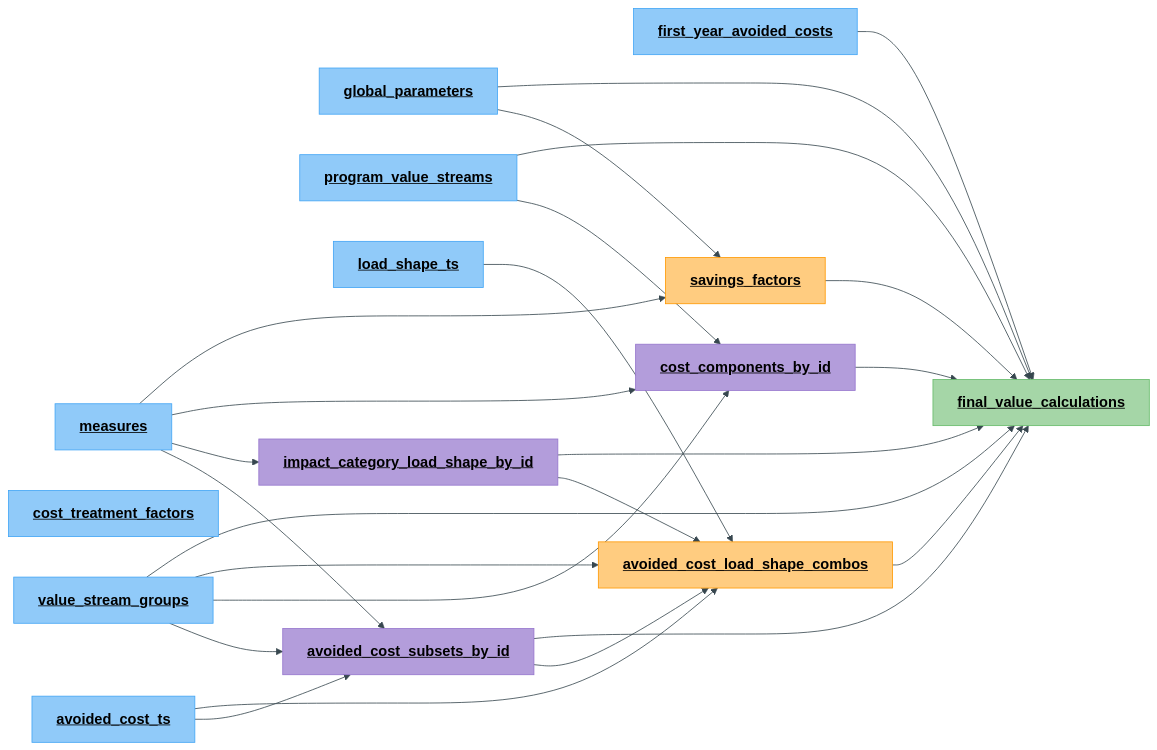
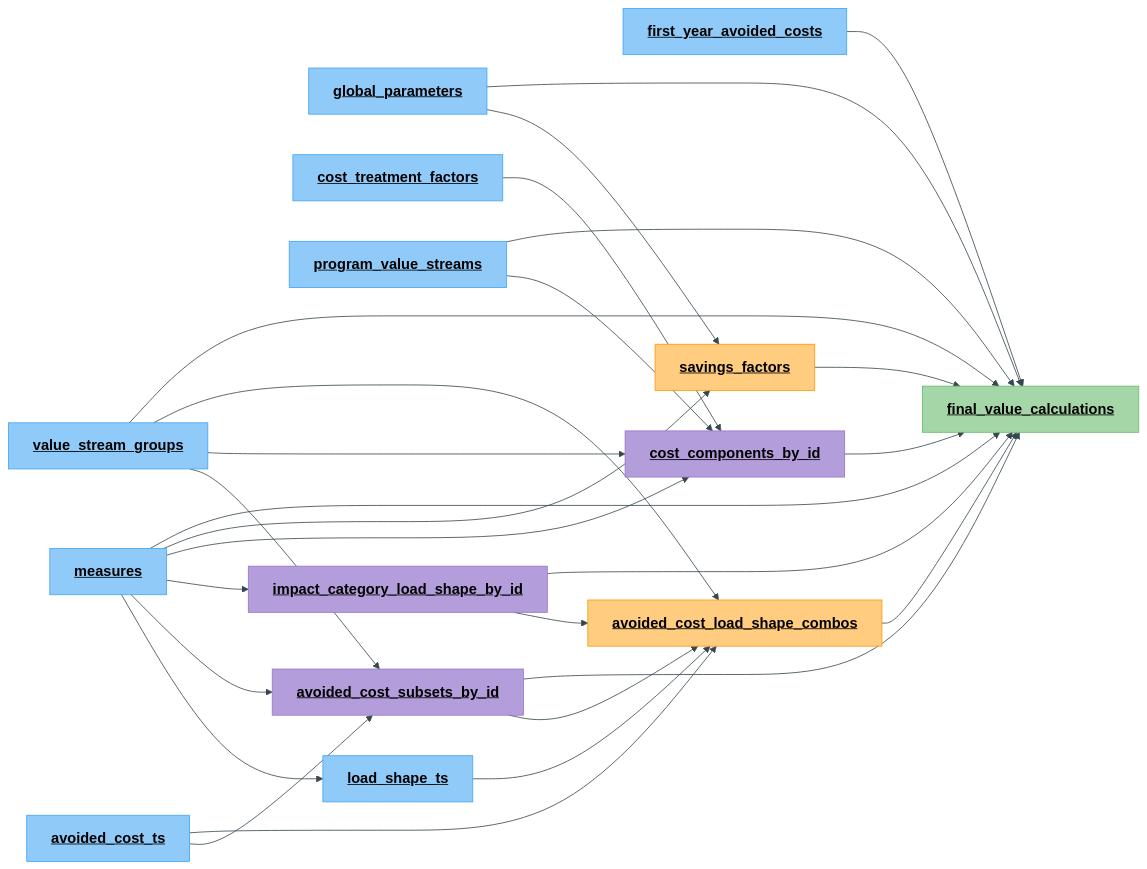
One commit to openbca/openbca changed the third of 3 diagrams in README.md. Above: the diagram before and after it, drawn with Mermaid. The commit also changed other lines of this file and 1 other file, not shown here.

Commit message:
minor readme edits, including updates to flow diagram and measures input schema image

````diff
--- a/README.md
+++ b/README.md
@@ -196,70 +196,74 @@
 ```mermaid
 %%{init: {'theme': 'base', 'themeVariables': {'fontSize': '18px', 'primaryTextColor': '#000000', 'secondaryTextColor': '#000000', 'tertiaryTextColor': '#000000', 'primaryBorderColor': '#37474f', 'lineColor': '#37474f'}}}%%
 flowchart LR
 
    measures["`**<u>measures</u>**`"]
    first_year_avoided_costs["`**<u>first_year_avoided_costs</u>**`"]
    global_parameters["`**<u>global_parameters</u>**`"]
    cost_treatment_factors["`**<u>cost_treatment_factors</u>**`"]
    program_value_streams["`**<u>program_value_streams</u>**`"]
    value_stream_groups["`**<u>value_stream_groups</u>**`"]
    load_shape_ts["`**<u>load_shape_ts</u>**`"]
    avoided_cost_ts["`**<u>avoided_cost_ts</u>**`"]
   
    avoided_cost_subsets_by_id["`**<u>avoided_cost_subsets_by_id</u>**`"]
    impact_category_load_shape_by_id["`**<u>impact_category_load_shape_by_id</u>**`"]
    cost_components_by_id["`**<u>cost_components_by_id</u>**`"]
 
    avoided_cost_load_shape_combos["`**<u>avoided_cost_load_shape_combos</u>**`"]
    savings_factors["`**<u>savings_factors</u>**`"]
 
    final_value_calculations["`**<u>final_value_calculations</u>**`"]
 
+measures-->load_shape_ts
+
 measures-->avoided_cost_subsets_by_id
 avoided_cost_ts-->avoided_cost_subsets_by_id
 value_stream_groups-->avoided_cost_subsets_by_id
 
 measures-->impact_category_load_shape_by_id
 
 measures-->cost_components_by_id
 value_stream_groups-->cost_components_by_id
 program_value_streams-->cost_components_by_id
+cost_treatment_factors-->cost_components_by_id
 
 avoided_cost_ts-->avoided_cost_load_shape_combos
 load_shape_ts-->avoided_cost_load_shape_combos
 value_stream_groups-->avoided_cost_load_shape_combos
 impact_category_load_shape_by_id-->avoided_cost_load_shape_combos
 avoided_cost_subsets_by_id-->avoided_cost_load_shape_combos
 
 measures-->savings_factors
 global_parameters-->savings_factors
 
 first_year_avoided_costs-->final_value_calculations
+measures-->final_value_calculations
 global_parameters-->final_value_calculations
 value_stream_groups-->final_value_calculations
 program_value_streams-->final_value_calculations
 impact_category_load_shape_by_id-->final_value_calculations
 avoided_cost_subsets_by_id-->final_value_calculations
 avoided_cost_load_shape_combos-->final_value_calculations
 cost_components_by_id-->final_value_calculations
 savings_factors-->final_value_calculations
 
    %% Base
    style measures fill:#90caf9,stroke:#42a5f5
    style first_year_avoided_costs fill:#90caf9,stroke:#42a5f5
    style global_parameters fill:#90caf9,stroke:#42a5f5
    style cost_treatment_factors fill:#90caf9,stroke:#42a5f5
    style program_value_streams fill:#90caf9,stroke:#42a5f5
    style value_stream_groups fill:#90caf9,stroke:#42a5f5
    style load_shape_ts fill:#90caf9,stroke:#42a5f5
    style avoided_cost_ts fill:#90caf9,stroke:#42a5f5
    %% Mappings
    style avoided_cost_subsets_by_id fill:#b39ddb,stroke:#9575cd
    style impact_category_load_shape_by_id fill:#b39ddb,stroke:#9575cd
    style cost_components_by_id fill:#b39ddb,stroke:#9575cd
    %% Precompute
    style avoided_cost_load_shape_combos fill:#ffcc80,stroke:#ff9800
    style savings_factors fill:#ffcc80,stroke:#ff9800
    %% Finalization
    style final_value_calculations fill:#a5d6a7,stroke:#66bb6a
 ```
````
